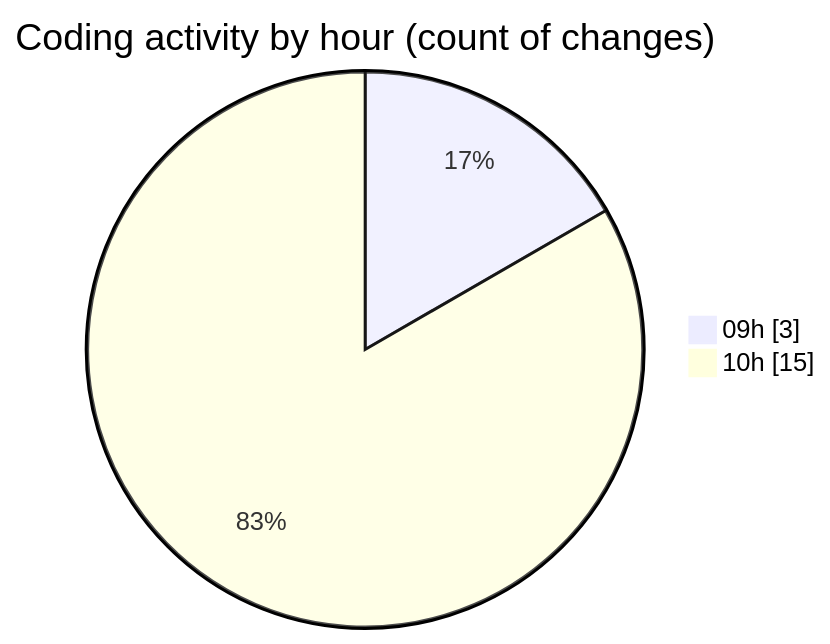
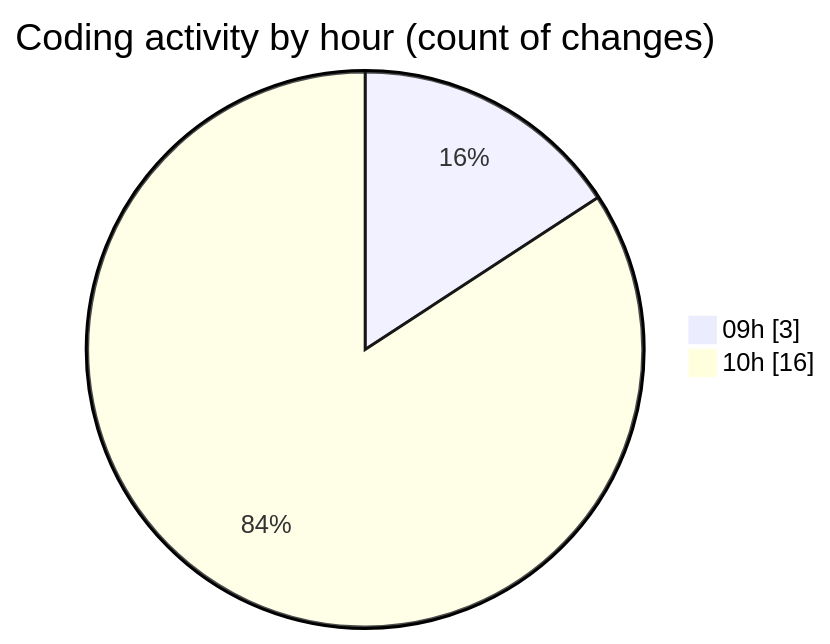
One commit to momahboobian/code-tracking changed the second of 2 diagrams in 2025-08-08/cda/README.md. Above: the diagram before and after it, drawn with Mermaid. The commit also changed other lines of this file and 1 other file, not shown here.

````diff
--- a/2025-08-08/cda/README.md
+++ b/2025-08-08/cda/README.md
@@ -28,6 +29,6 @@
 ```mermaid
 pie showData
 title Coding activity by hour (count of changes)
 "09h" : 3
-"10h" : 15
+"10h" : 16
 ```
````
